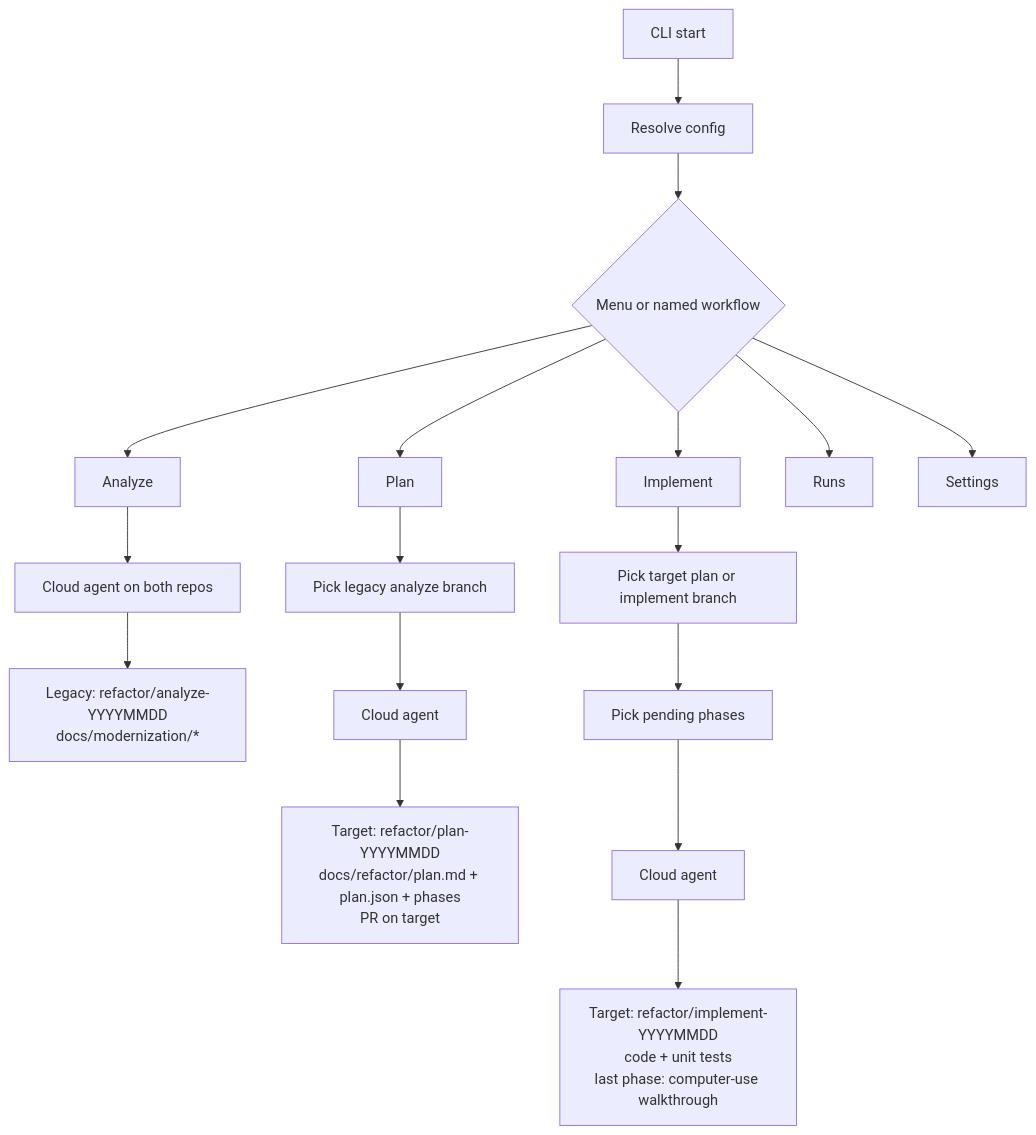
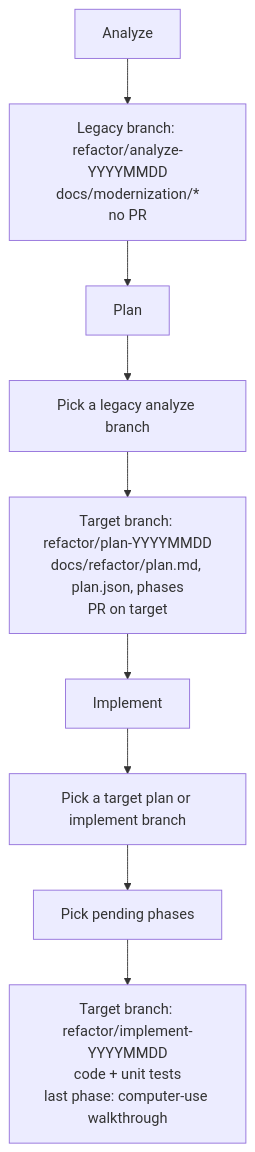
The diagram in docs/architecture.md (neerajmandal/enterprise-refactor), drawn with Mermaid before and after one commit. The commit also changed other lines of this file and 1 other file, not shown here.

Commit message:
Keep architecture docs limited to the three workflows.

````diff
--- a/docs/architecture.md
+++ b/docs/architecture.md
@@ -55,22 +5,13 @@
 ```mermaid
 flowchart TB
-    start[CLI start] --> resolve[Resolve config]
-    resolve --> menu{Menu or named workflow}
-    menu --> analyze[Analyze]
-    menu --> plan[Plan]
-    menu --> implement[Implement]
-    menu --> runs[Runs]
-    menu --> settings[Settings]
+    analyze[Analyze] --> analyzeOut["Legacy branch: refactor/analyze-YYYYMMDD<br/>docs/modernization/*<br/>no PR"]
 
-    analyze --> analyzeAgent[Cloud agent on both repos]
-    analyzeAgent --> analyzeOut["Legacy: refactor/analyze-YYYYMMDD<br/>docs/modernization/*"]
+    analyzeOut --> plan[Plan]
+    plan --> pickAnalyze[Pick a legacy analyze branch]
+    pickAnalyze --> planOut["Target branch: refactor/plan-YYYYMMDD<br/>docs/refactor/plan.md, plan.json, phases<br/>PR on target"]
 
-    plan --> pickAnalyze[Pick legacy analyze branch]
-    pickAnalyze --> planAgent[Cloud agent]
-    planAgent --> planOut["Target: refactor/plan-YYYYMMDD<br/>docs/refactor/plan.md + plan.json + phases<br/>PR on target"]
-
-    implement --> pickPlan[Pick target plan or implement branch]
+    planOut --> implement[Implement]
+    implement --> pickPlan[Pick a target plan or implement branch]
     pickPlan --> pickPhases[Pick pending phases]
-    pickPhases --> implAgent[Cloud agent]
-    implAgent --> implOut["Target: refactor/implement-YYYYMMDD<br/>code + unit tests<br/>last phase: computer-use walkthrough"]
+    pickPhases --> implOut["Target branch: refactor/implement-YYYYMMDD<br/>code + unit tests<br/>last phase: computer-use walkthrough"]
 ```
````
